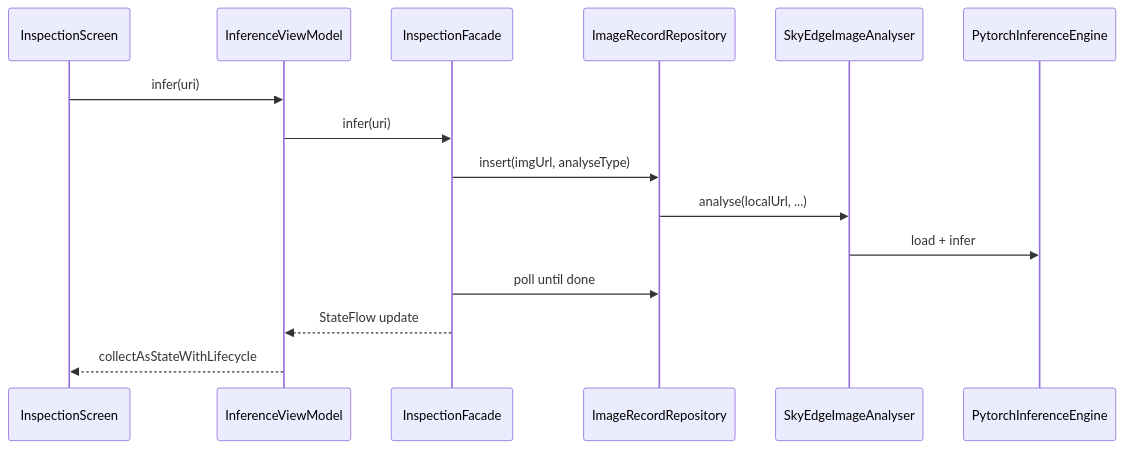
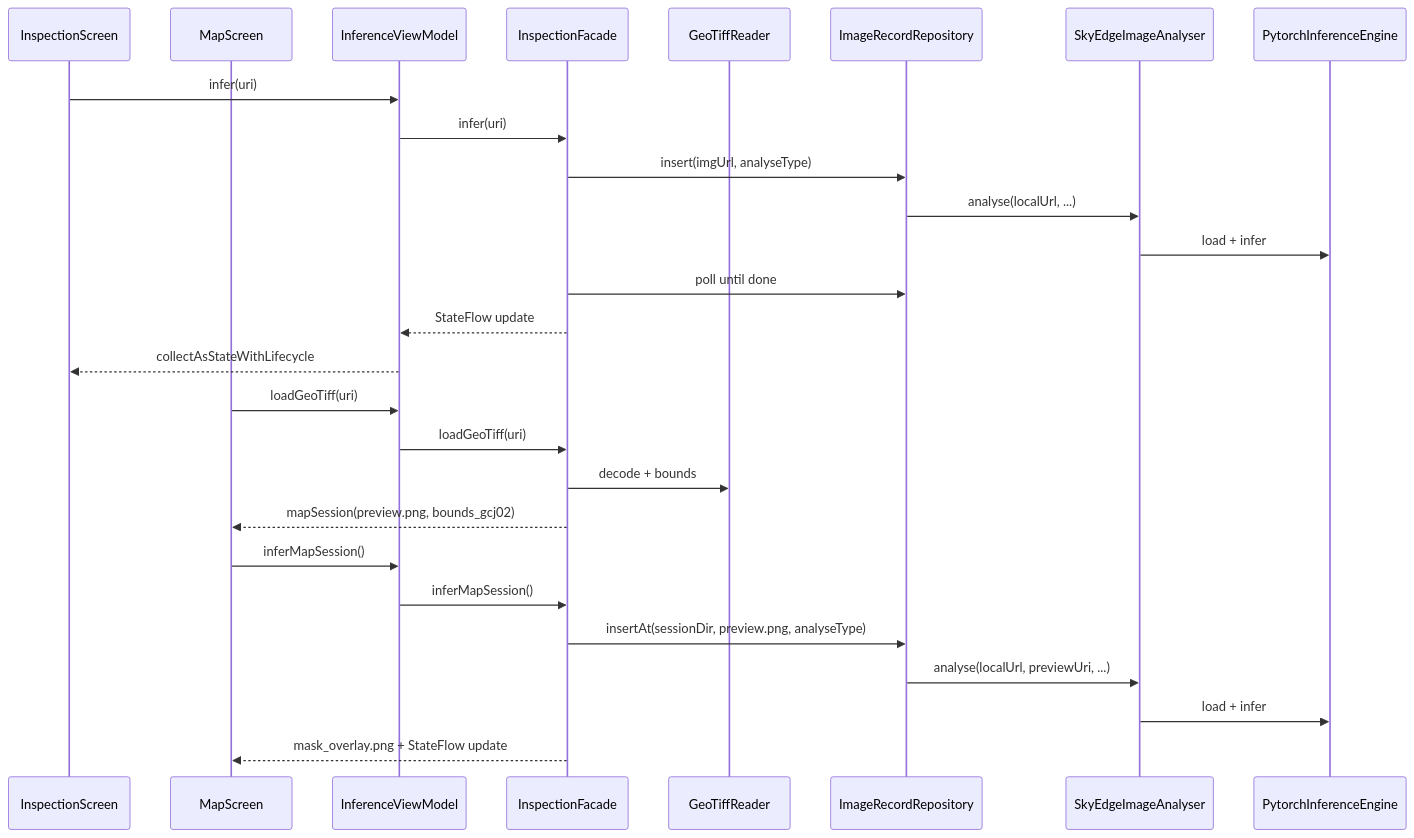
Before and after one commit to Hshevin/ToyokawaGroup: the second of 2 diagrams in docs/ARCHITECTURE.md, drawn with Mermaid. The commit also changed other lines of this file and 35 other files, not shown here.

First line of the commit message:
Add AMap satellite map with GeoTIFF overlay and georeferenced mask inference.

````diff
--- a/docs/ARCHITECTURE.md
+++ b/docs/ARCHITECTURE.md
@@ -49,18 +55,31 @@
 ```mermaid
 sequenceDiagram
     participant Screen as InspectionScreen
+    participant Map as MapScreen
     participant VM as InferenceViewModel
     participant Facade as InspectionFacade
+    participant Geo as GeoTiffReader
     participant Repo as ImageRecordRepository
     participant Analyser as SkyEdgeImageAnalyser
     participant Engine as PytorchInferenceEngine
 
     Screen->>VM: infer(uri)
     VM->>Facade: infer(uri)
     Facade->>Repo: insert(imgUrl, analyseType)
     Repo->>Analyser: analyse(localUrl, ...)
     Analyser->>Engine: load + infer
     Facade->>Repo: poll until done
     Facade-->>VM: StateFlow update
     VM-->>Screen: collectAsStateWithLifecycle
+
+    Map->>VM: loadGeoTiff(uri)
+    VM->>Facade: loadGeoTiff(uri)
+    Facade->>Geo: decode + bounds
+    Facade-->>Map: mapSession(preview.png, bounds_gcj02)
+    Map->>VM: inferMapSession()
+    VM->>Facade: inferMapSession()
+    Facade->>Repo: insertAt(sessionDir, preview.png, analyseType)
+    Repo->>Analyser: analyse(localUrl, previewUri, ...)
+    Analyser->>Engine: load + infer
+    Facade-->>Map: mask_overlay.png + StateFlow update
 ```
````
